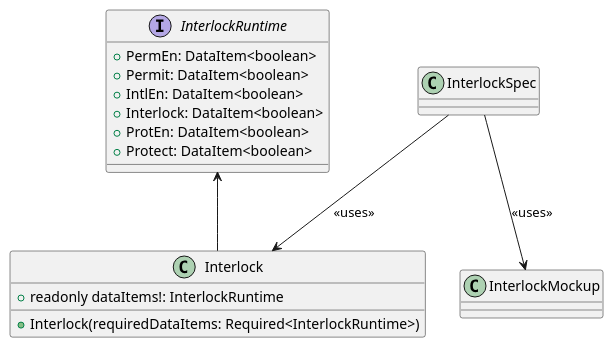
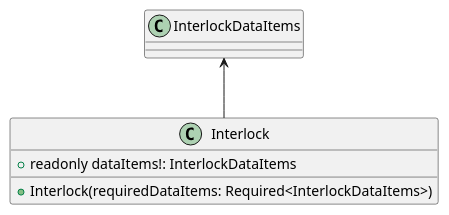
One commit to p2o-lab/polaris-backend changed the diagram in src/modularPlantManager/pea/dataAssembly/baseFunction/interlock/Interlock.puml. Above: the diagram before and after it, drawn with PlantUML. The commit also changed 12 other files, not shown here.

```diff
--- a/src/modularPlantManager/pea/dataAssembly/baseFunction/interlock/Interlock.puml
+++ b/src/modularPlantManager/pea/dataAssembly/baseFunction/interlock/Interlock.puml
@@ -26,23 +26,13 @@
 @startuml
 'https://plantuml.com/class-diagram
 
-interface InterlockRuntime{
-	+ PermEn: DataItem<boolean>
-	+ Permit: DataItem<boolean>
-	+ IntlEn: DataItem<boolean>
-	+ Interlock: DataItem<boolean>
-	+ ProtEn: DataItem<boolean>
-	+ Protect: DataItem<boolean>
+
+class Interlock{
+    + readonly dataItems!: InterlockDataItems
+
+    + Interlock(requiredDataItems: Required<InterlockDataItems>)
 }
 
-class Interlock{
-    + readonly dataItems!: InterlockRuntime
-
-    + Interlock(requiredDataItems: Required<InterlockRuntime>)
-}
-
-InterlockRuntime <-- Interlock
-InterlockSpec --> Interlock : <<uses>>
-InterlockSpec --> InterlockMockup : <<uses>>
+InterlockDataItems <-- Interlock
 
 @enduml
```
